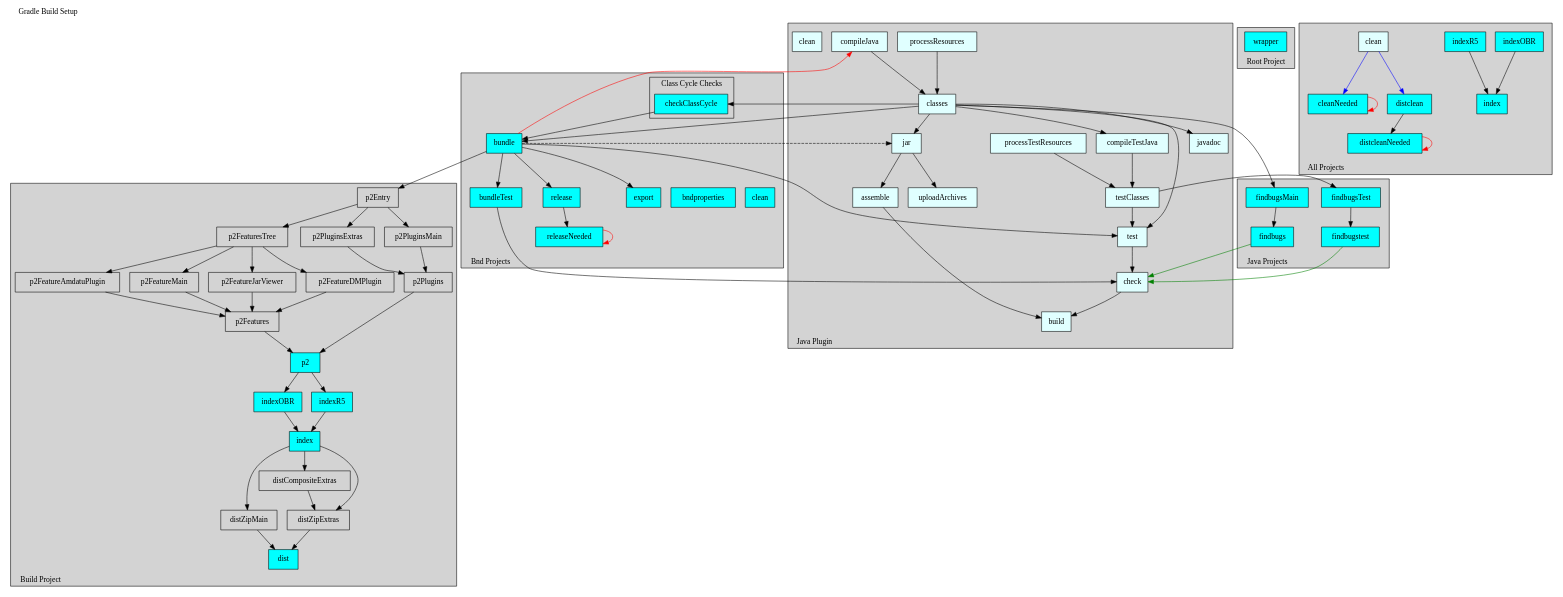
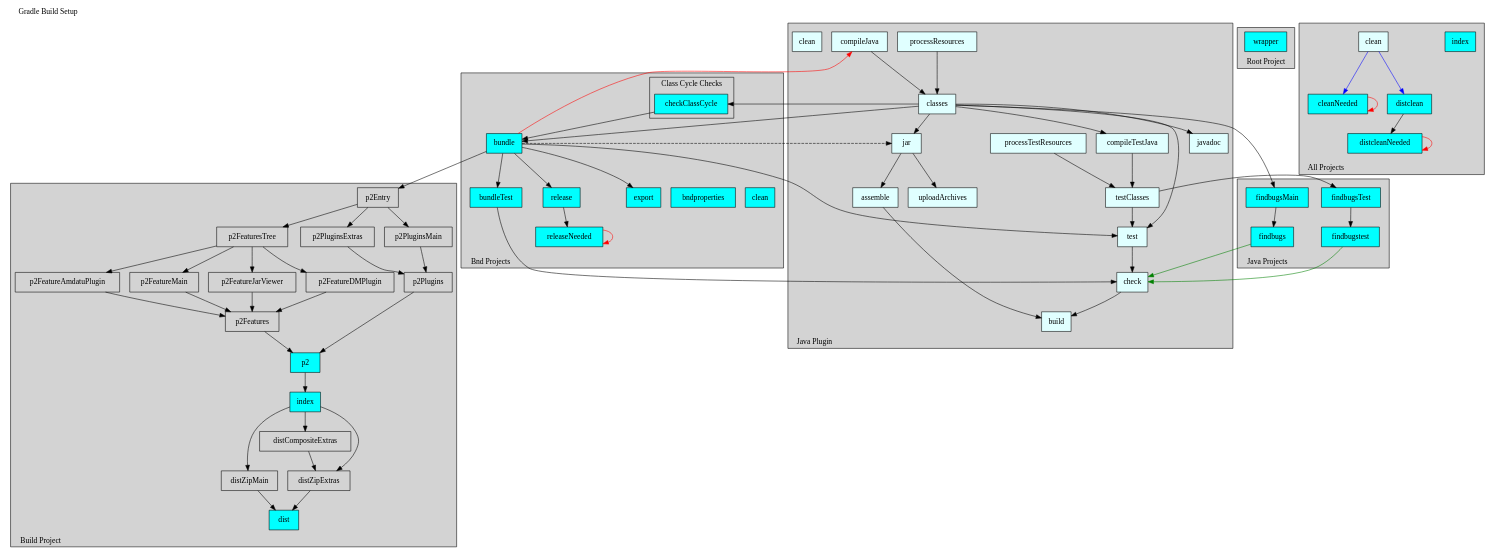
One commit to bndtools/bnd changed the diagram in cnf/gradle/doc/bndtools.dot. Above: the diagram before and after it, drawn with Graphviz. The commit also changed 10 other files, not shown here.

Commit message:
gradle: merge indexOBR and indexR5 tasks into index task

```diff
--- a/cnf/gradle/doc/bndtools.dot
+++ b/cnf/gradle/doc/bndtools.dot
@@ -169,8 +169,6 @@
     subgraph cluster21 {
       label="";
       style=invis;
-      indexOBR             [shape=box, style=filled, fillcolor=cyan     , label="indexOBR"            ]
-      indexR5              [shape=box, style=filled, fillcolor=cyan     , label="indexR5"             ]
       index                [shape=box, style=filled, fillcolor=cyan     , label="index"               ]
     }
 
@@ -182,9 +180,6 @@
       distclean            [shape=box, style=filled, fillcolor=cyan     , label="distclean"           ]
       distcleanNeeded      [shape=box, style=filled, fillcolor=cyan     , label="distcleanNeeded"     ]
     }
-
-    indexOBR               -> index
-    indexR5                -> index
 
     clean                  -> cleanNeeded        [color=blue  ]
     cleanNeeded            -> cleanNeeded        [color=red   ]
@@ -216,8 +211,6 @@
 
     p2                     [shape=box, style=filled, fillcolor=cyan      , label="p2"                   ]
 
-    indexOBRBuild          [shape=box, style=filled, fillcolor=cyan      , label="indexOBR"             ]
-    indexR5Build           [shape=box, style=filled, fillcolor=cyan      , label="indexR5"              ]
     indexBuild             [shape=box, style=filled, fillcolor=cyan      , label="index"                ]
 
     distZipMain            [shape=box, style=filled, fillcolor=none      , label="distZipMain"          ]
@@ -245,10 +238,7 @@
     p2Features             -> p2
     p2Plugins              -> p2
 
-    p2                     -> indexOBRBuild
-    p2                     -> indexR5Build
-    indexOBRBuild          -> indexBuild
-    indexR5Build           -> indexBuild
+    p2                     -> indexBuild
 
     indexBuild             -> distZipMain
     indexBuild             -> distCompositeExtras
```
